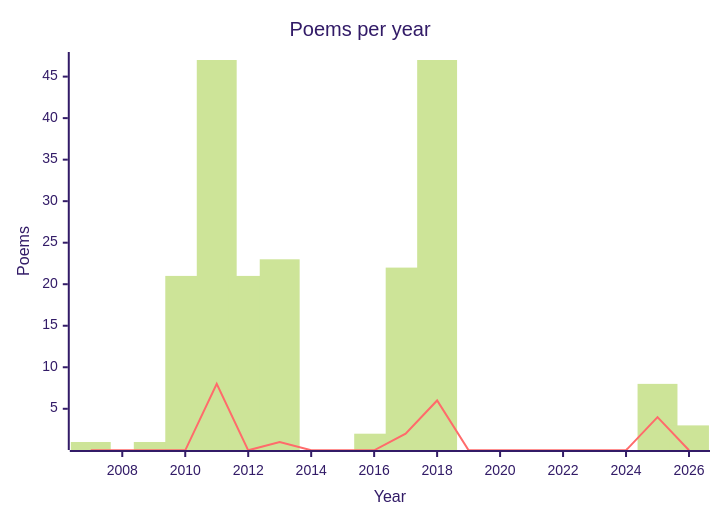
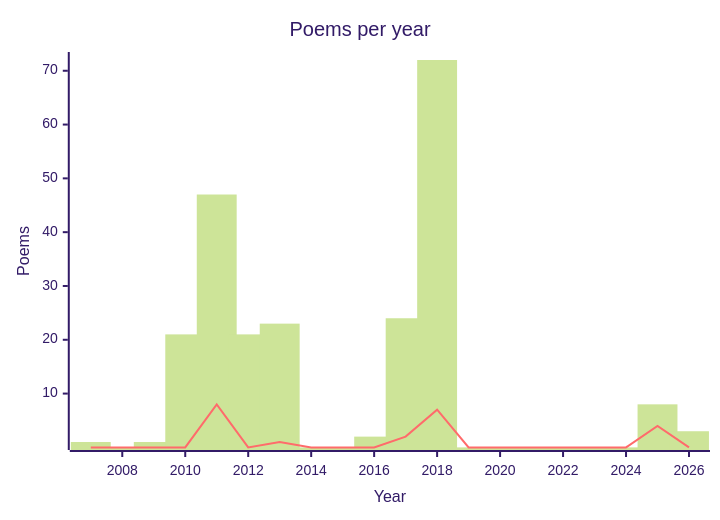
One commit to g-ongenae/blog changed the first of 2 diagrams in tell/README.md. Above: the diagram before and after it, drawn with Mermaid (forest theme). The commit also changed other lines of this file, not shown here.

````diff
--- a/tell/README.md
+++ b/tell/README.md
@@ -15,8 +15,8 @@
 ```mermaid
 xychart-beta
   title "Poems per year"
   x-axis "Year" 2007 --> 2026
-  y-axis "Poems" 1 --> 47
-  bar [1, 0, 1, 21, 47, 21, 23, 0, 0, 2, 22, 47, 0, 0, 0, 0, 0, 0, 8, 3]
-  line [0, 0, 0, 0, 8, 0, 1, 0, 0, 0, 2, 6, 0, 0, 0, 0, 0, 0, 4, 0]
+  y-axis "Poems" 1 --> 72
+  bar [1, 0, 1, 21, 47, 21, 23, 0, 0, 2, 24, 72, 0, 0, 0, 0, 0, 0, 8, 3]
+  line [0, 0, 0, 0, 8, 0, 1, 0, 0, 0, 2, 7, 0, 0, 0, 0, 0, 0, 4, 0]
 ```
````
